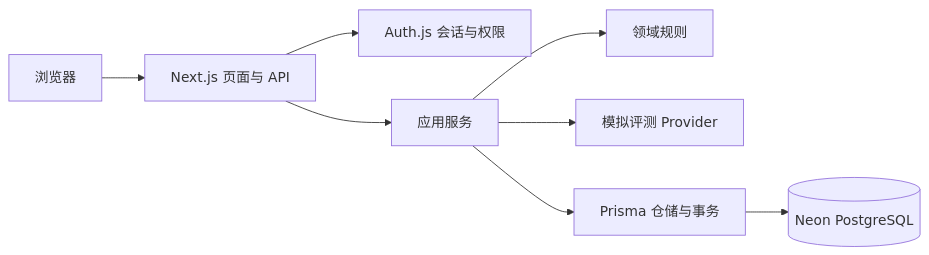
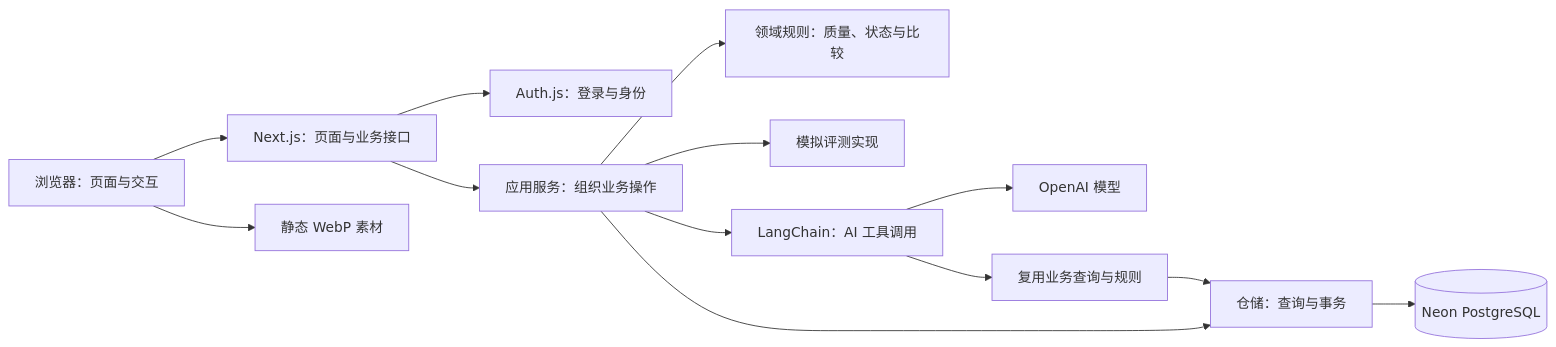
The diagram in docs/架构与接口.md (try-one-try/simeval-app), drawn with Mermaid before and after one commit. The commit also changed other lines of this file and 16 other files, not shown here.

````diff
--- a/docs/架构与接口.md
+++ b/docs/架构与接口.md
@@ -12,10 +23,15 @@
-~~~mermaid
+```mermaid
 flowchart LR
-  Browser[浏览器] --> Next[Next.js 页面与 API]
-  Next --> Auth[Auth.js 会话与权限]
-  Next --> App[应用服务]
-  App --> Domain[领域规则]
-  App --> Provider[模拟评测 Provider]
-  App --> Repo[Prisma 仓储与事务]
+  Browser[浏览器：页面与交互] --> App[Next.js：页面与业务接口]
+  App --> Auth[Auth.js：登录与身份]
+  App --> Service[应用服务：组织业务操作]
+  Service --> Rules[领域规则：质量、状态与比较]
+  Service --> Mock[模拟评测实现]
+  Service --> Agent[LangChain：AI 工具调用]
+  Agent --> Model[OpenAI 模型]
+  Agent --> Query[复用业务查询与规则]
+  Query --> Repo[仓储：查询与事务]
+  Service --> Repo
   Repo --> DB[(Neon PostgreSQL)]
-~~~
+  Browser --> Assets[静态 WebP 素材]
+```
````
